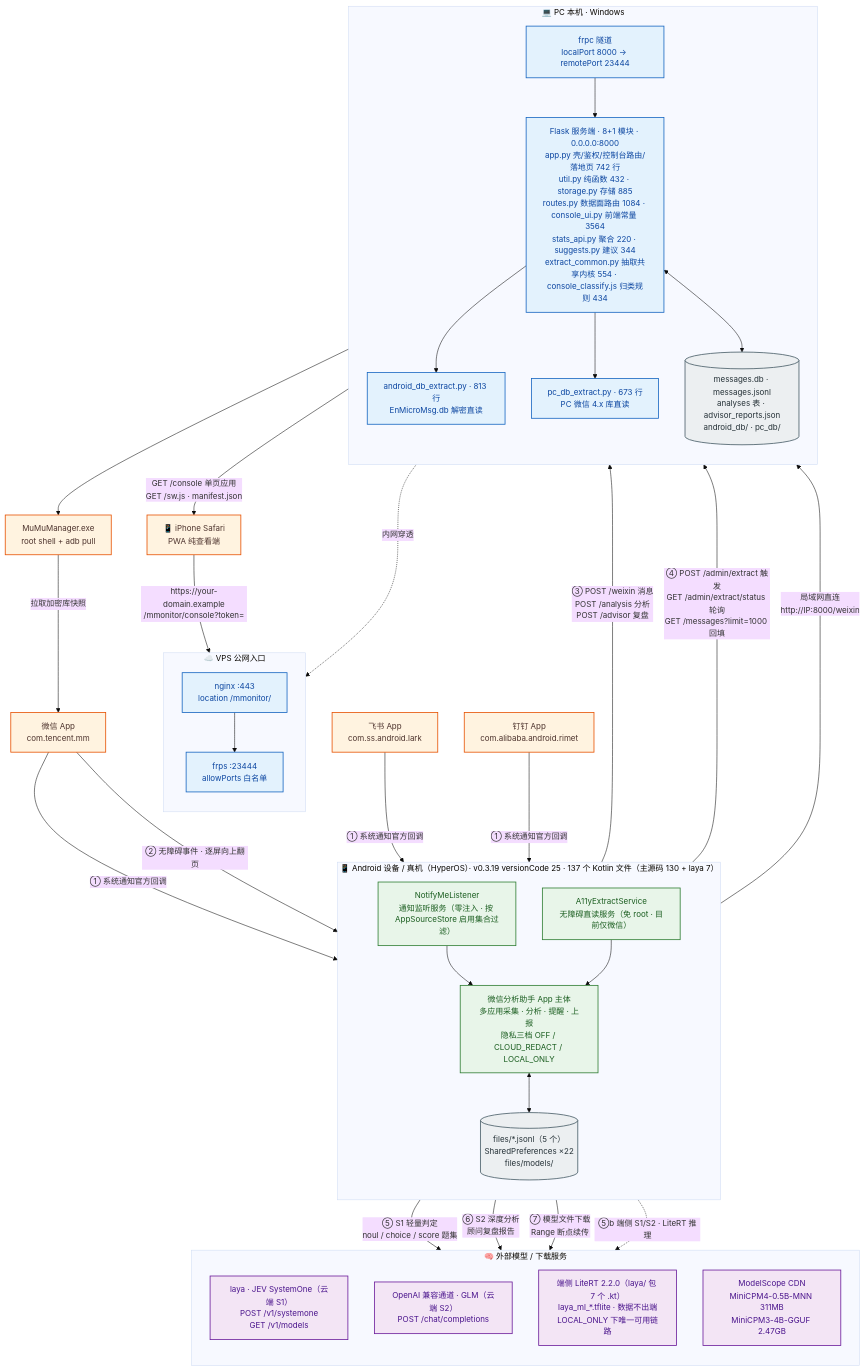
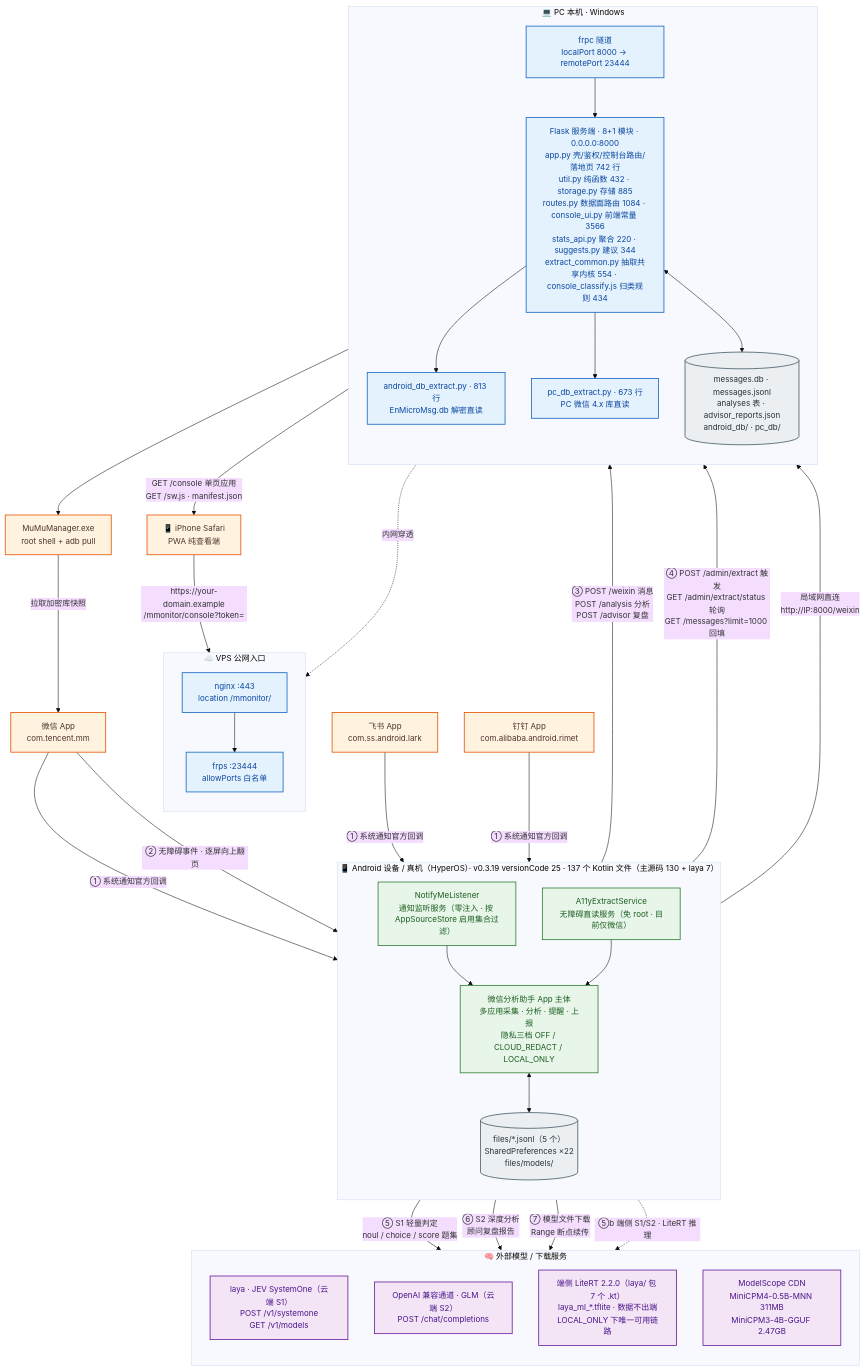
The diagram in docs/architecture/diagrams/01-system-context.mmd (solidjoker/notifyme), drawn with Mermaid before and after one commit. The commit also changed 12 other files, not shown here.

```diff
--- a/docs/architecture/diagrams/01-system-context.mmd
+++ b/docs/architecture/diagrams/01-system-context.mmd
@@ -1,70 +1,70 @@
 %%{init: {'theme':'base','themeVariables':{'fontSize':'15px','fontFamily':'Microsoft YaHei, PingFang SC, sans-serif'},'flowchart':{'htmlLabels':true,'curve':'basis'}}}%%
 flowchart TB
     classDef ext  fill:#fff3e0,stroke:#e65100,stroke-width:1.5px,color:#4e342e
     classDef app  fill:#e8f5e9,stroke:#2e7d32,stroke-width:1.5px,color:#1b5e20
     classDef srv  fill:#e3f2fd,stroke:#1565c0,stroke-width:1.5px,color:#0d47a1
     classDef llm  fill:#f3e5f5,stroke:#6a1b9a,stroke-width:1.5px,color:#4a148c
     classDef store fill:#eceff1,stroke:#455a64,stroke-width:1.5px,color:#263238
 
     WX["微信 App<br/>com.tencent.mm"]:::ext
     FS["飞书 App<br/>com.ss.android.lark"]:::ext
     DT["钉钉 App<br/>com.alibaba.android.rimet"]:::ext
 
     subgraph DEV["📱 Android 设备 / 真机（HyperOS）· v0.3.19 versionCode 25 · 137 个 Kotlin 文件（主源码 130 + laya 7）"]
         direction TB
         NL["NotifyMeListener<br/>通知监听服务（零注入 · 按 AppSourceStore 启用集合过滤）"]:::app
         A11Y["A11yExtractService<br/>无障碍直读服务（免 root · 目前仅微信）"]:::app
         CORE["微信分析助手 App 主体<br/>多应用采集 · 分析 · 提醒 · 上报<br/>隐私三档 OFF / CLOUD_REDACT / LOCAL_ONLY"]:::app
         STORE[("files/*.jsonl（5 个）<br/>SharedPreferences ×22<br/>files/models/")]:::store
         NL --> CORE
         A11Y --> CORE
         CORE <--> STORE
     end
 
     subgraph HOST["💻 PC 本机 · Windows"]
         direction TB
-        FLASK["Flask 服务端 · 8+1 模块 · 0.0.0.0:8000<br/>app.py 壳/鉴权/控制台路由/落地页 742 行<br/>util.py 纯函数 432 · storage.py 存储 885<br/>routes.py 数据面路由 1084 · console_ui.py 前端常量 3564<br/>stats_api.py 聚合 220 · suggests.py 建议 344<br/>extract_common.py 抽取共享内核 554 · console_classify.js 归类规则 434"]:::srv
+        FLASK["Flask 服务端 · 8+1 模块 · 0.0.0.0:8000<br/>app.py 壳/鉴权/控制台路由/落地页 742 行<br/>util.py 纯函数 432 · storage.py 存储 885<br/>routes.py 数据面路由 1084 · console_ui.py 前端常量 3566<br/>stats_api.py 聚合 220 · suggests.py 建议 344<br/>extract_common.py 抽取共享内核 554 · console_classify.js 归类规则 434"]:::srv
         ADBEX["android_db_extract.py · 813 行<br/>EnMicroMsg.db 解密直读"]:::srv
         PCEX["pc_db_extract.py · 673 行<br/>PC 微信 4.x 库直读"]:::srv
         DB[("messages.db · messages.jsonl<br/>analyses 表 · advisor_reports.json<br/>android_db/ · pc_db/")]:::store
         FRPC["frpc 隧道<br/>localPort 8000 → remotePort 23444"]:::srv
         FLASK --> ADBEX
         FLASK --> PCEX
         FLASK <--> DB
         FRPC --> FLASK
     end
 
     subgraph VPS["☁️ VPS 公网入口"]
         direction TB
         NGINX["nginx :443<br/>location /mmonitor/"]:::srv
         FRPS["frps :23444<br/>allowPorts 白名单"]:::srv
         NGINX --> FRPS
     end
 
     subgraph AI["🧠 外部模型 / 下载服务"]
         direction TB
         LAYA["laya · JEV SystemOne（云端 S1）<br/>POST /v1/systemone<br/>GET /v1/models"]:::llm
         GLM["OpenAI 兼容通道 · GLM（云端 S2）<br/>POST /chat/completions"]:::llm
         LITE["端侧 LiteRT 2.2.0（laya/ 包 7 个 .kt）<br/>laya_ml_*.tflite · 数据不出端<br/>LOCAL_ONLY 下唯一可用链路"]:::llm
         MS["ModelScope CDN<br/>MiniCPM4-0.5B-MNN 311MB<br/>MiniCPM3-4B-GGUF 2.47GB"]:::llm
     end
 
     MUMU["MuMuManager.exe<br/>root shell + adb pull"]:::ext
     IPHONE["📱 iPhone Safari<br/>PWA 纯查看端"]:::ext
 
     WX -->|"① 系统通知官方回调"| NL
     FS -->|"① 系统通知官方回调"| NL
     DT -->|"① 系统通知官方回调"| NL
     WX -->|"② 无障碍事件 · 逐屏向上翻页"| A11Y
     CORE -->|"③ POST /weixin 消息<br/>POST /analysis 分析<br/>POST /advisor 复盘"| FLASK
     CORE -->|"④ POST /admin/extract 触发<br/>GET /admin/extract/status 轮询<br/>GET /messages?limit=1000 回填"| FLASK
     CORE -->|"⑤ S1 轻量判定<br/>noul / choice / score 题集"| LAYA
     CORE -->|"⑥ S2 深度分析<br/>顾问复盘报告"| GLM
     CORE -->|"⑦ 模型文件下载<br/>Range 断点续传"| MS
     CORE -.->|"⑤b 端侧 S1/S2 · LiteRT 推理"| LITE
     ADBEX --> MUMU
     MUMU -->|"拉取加密库快照"| WX
     CORE -->|"局域网直连<br/>http://IP:8000/weixin"| FLASK
     FRPC -.->|"内网穿透"| FRPS
     IPHONE -->|"https://your-domain.example<br/>/mmonitor/console?token="| NGINX
     FLASK -->|"GET /console 单页应用<br/>GET /sw.js · manifest.json"| IPHONE
```
